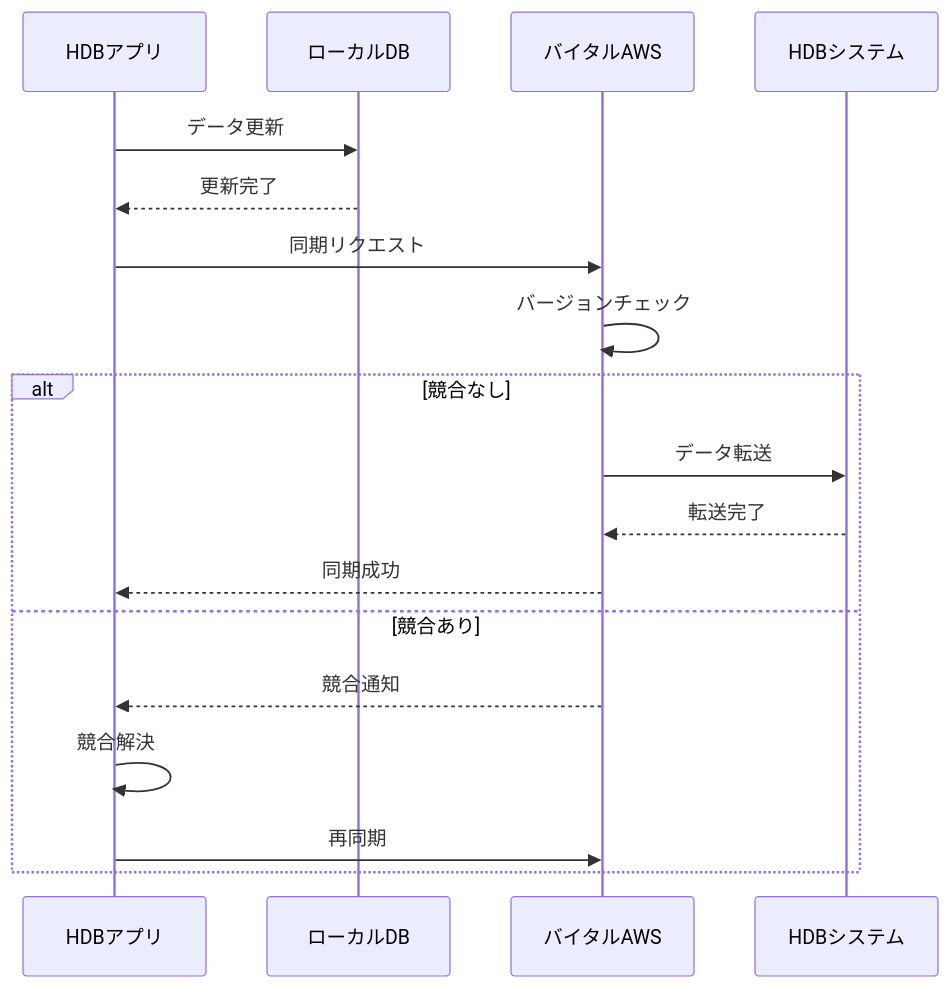
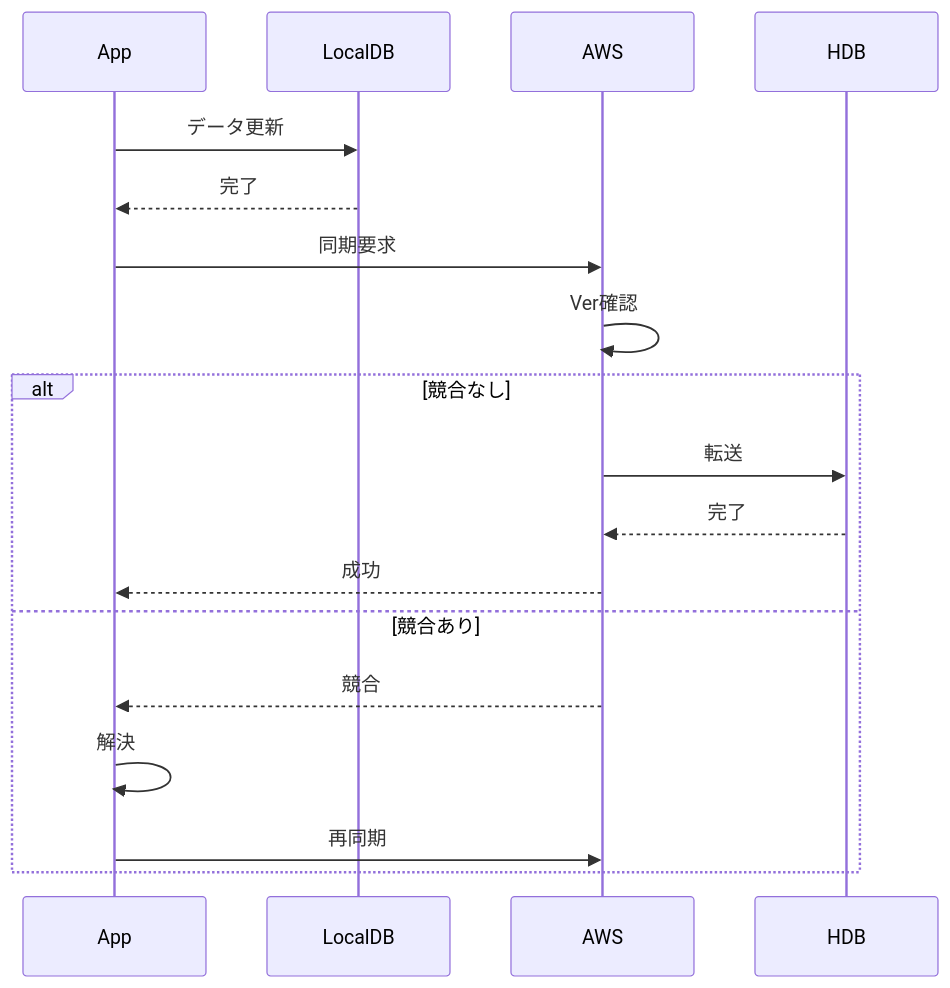
One commit to sasaibu/hdb changed the second of 4 diagrams in doc/設計資料/連携処理方式概要設計書.md. Above: the diagram before and after it, drawn with Mermaid. The commit also changed other lines of this file, not shown here.

````diff
--- a/doc/設計資料/連携処理方式概要設計書.md
+++ b/doc/設計資料/連携処理方式概要設計書.md
@@ -135,23 +126,23 @@
 ```mermaid
 sequenceDiagram
-    participant App as HDBアプリ
-    participant Local as ローカルDB
-    participant API as バイタルAWS
-    participant HDB as HDBシステム
+    participant A as App
+    participant L as LocalDB
+    participant W as AWS
+    participant H as HDB
     
-    App->>Local: データ更新
-    Local-->>App: 更新完了
+    A->>L: データ更新
+    L-->>A: 完了
     
-    App->>API: 同期リクエスト
-    API->>API: バージョンチェック
+    A->>W: 同期要求
+    W->>W: Ver確認
     
     alt 競合なし
-        API->>HDB: データ転送
-        HDB-->>API: 転送完了
-        API-->>App: 同期成功
+        W->>H: 転送
+        H-->>W: 完了
+        W-->>A: 成功
     else 競合あり
-        API-->>App: 競合通知
-        App->>App: 競合解決
-        App->>API: 再同期
+        W-->>A: 競合
+        A->>A: 解決
+        A->>W: 再同期
     end
 ```
````
